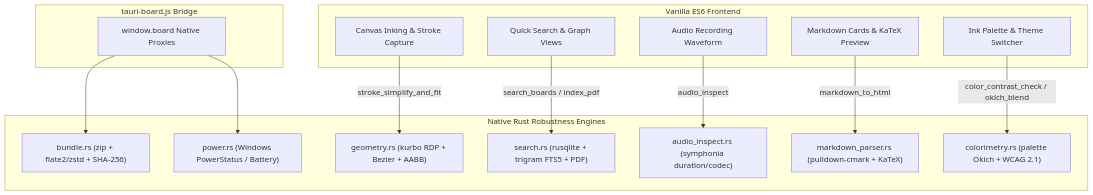
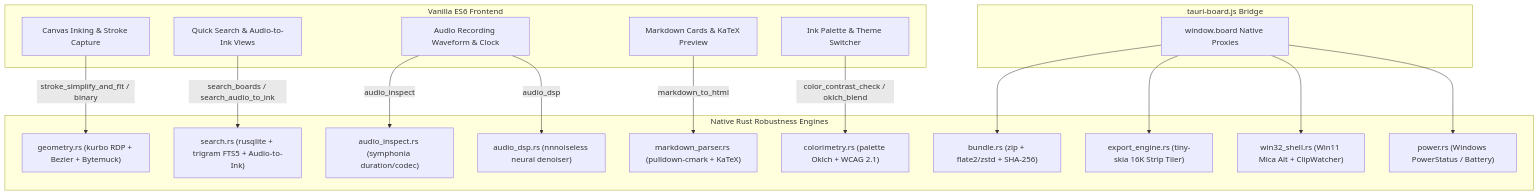
The tenth of 10 diagrams in docs/ARCHITECTURE.md (Mostakim2005/gaussboard-rust-port), drawn with Mermaid before and after one commit. The commit also changed other lines of this file and 15 other files, not shown here.

Commit message:
feat(argon-plan): implement hardware audio clock, timed bezier RDP, speech-to-ink search, nnnoiseless DSP, 16K tiled export, and Mica Alt shell

````diff
--- a/docs/ARCHITECTURE.md
+++ b/docs/ARCHITECTURE.md
@@ -286,32 +289,38 @@
 ```mermaid
 flowchart TD
     subgraph UI ["Vanilla ES6 Frontend"]
         Canvas["Canvas Inking & Stroke Capture"]
-        SearchUI["Quick Search & Graph Views"]
-        AudioUI["Audio Recording Waveform"]
+        SearchUI["Quick Search & Audio-to-Ink Views"]
+        AudioUI["Audio Recording Waveform & Clock"]
         MarkdownUI["Markdown Cards & KaTeX Preview"]
         PaletteUI["Ink Palette & Theme Switcher"]
     end
 
     subgraph IPC ["tauri-board.js Bridge"]
         Bridge["window.board Native Proxies"]
     end
 
     subgraph RustEngines ["Native Rust Robustness Engines"]
         ArchiveEng["bundle.rs (zip + flate2/zstd + SHA-256)"]
-        SearchEng["search.rs (rusqlite + trigram FTS5 + PDF)"]
+        SearchEng["search.rs (rusqlite + trigram FTS5 + Audio-to-Ink)"]
         AudioEng["audio_inspect.rs (symphonia duration/codec)"]
-        GeomEng["geometry.rs (kurbo RDP + Bezier + AABB)"]
+        DspEng["audio_dsp.rs (nnnoiseless neural denoiser)"]
+        GeomEng["geometry.rs (kurbo RDP + Bezier + Bytemuck)"]
+        ExportEng["export_engine.rs (tiny-skia 16K Strip Tiler)"]
+        ShellEng["win32_shell.rs (Win11 Mica Alt + ClipWatcher)"]
         ColorEng["colorimetry.rs (palette Oklch + WCAG 2.1)"]
         MdEng["markdown_parser.rs (pulldown-cmark + KaTeX)"]
         PowerEng["power.rs (Windows PowerStatus / Battery)"]
     end
 
-    Canvas -->|stroke_simplify_and_fit| GeomEng
-    SearchUI -->|search_boards / index_pdf| SearchEng
+    Canvas -->|stroke_simplify_and_fit / binary| GeomEng
+    SearchUI -->|search_boards / search_audio_to_ink| SearchEng
     AudioUI -->|audio_inspect| AudioEng
+    AudioUI -->|audio_dsp| DspEng
     MarkdownUI -->|markdown_to_html| MdEng
     PaletteUI -->|color_contrast_check / oklch_blend| ColorEng
     Bridge --> ArchiveEng
+    Bridge --> ExportEng
+    Bridge --> ShellEng
     Bridge --> PowerEng
 ```
````
